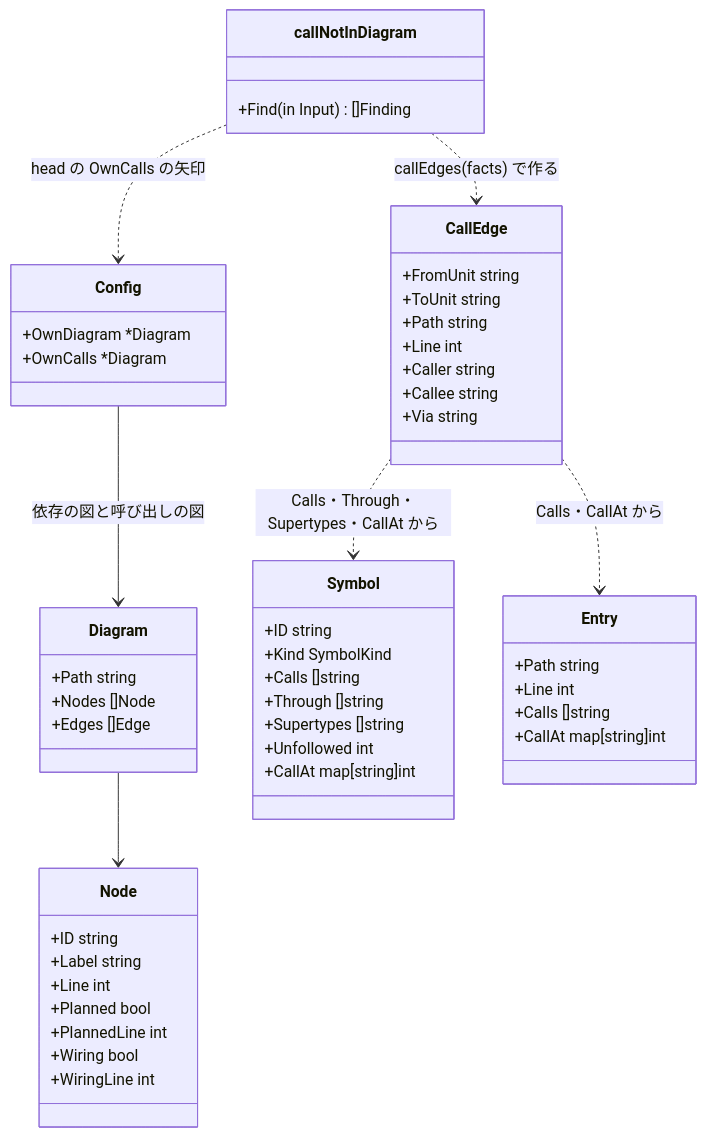
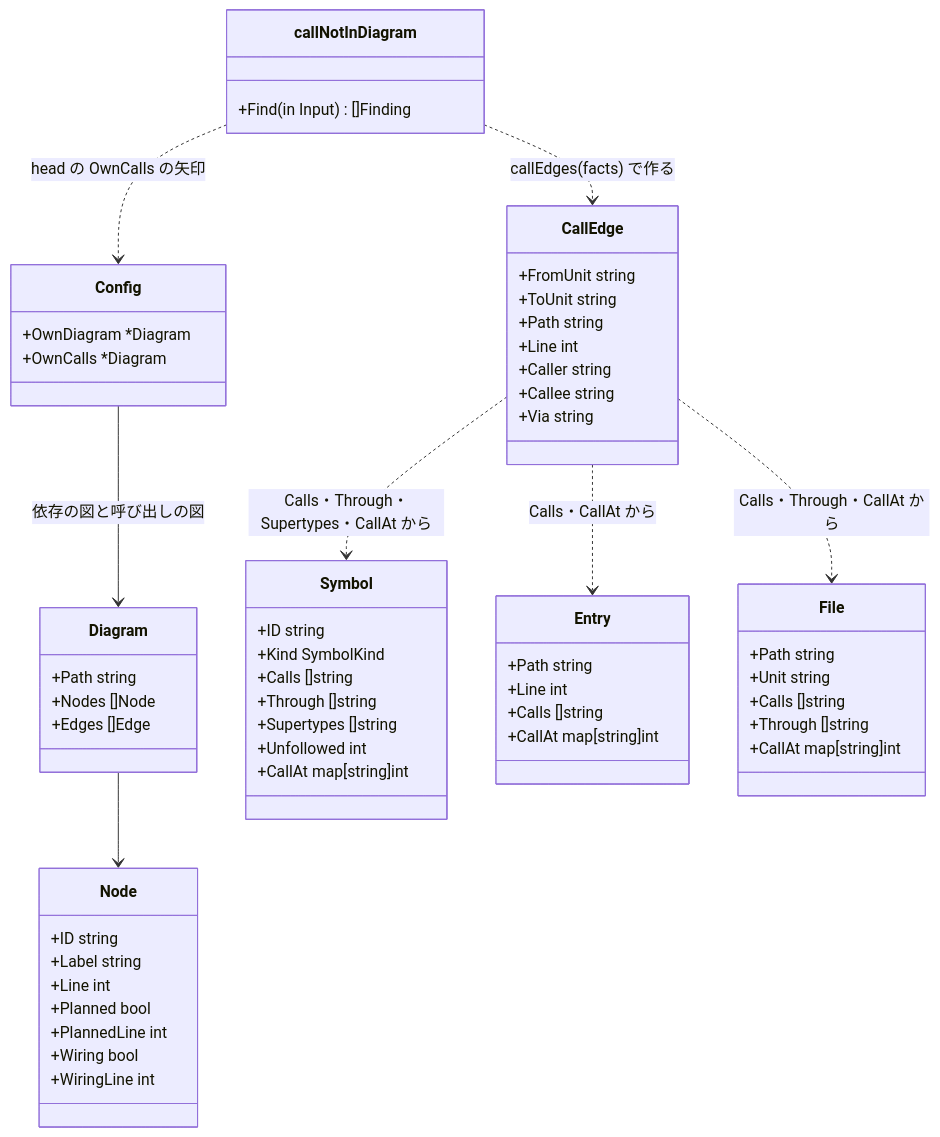
Before and after one commit to rerorets/hadome: the diagram in docs/design/rules-deps.ja.md, drawn with Mermaid. The commit also changed other lines of this file and 3 other files, not shown here.

Commit message:
The design says calls outside functions are counted by the call diagram, from the file's unit

````diff
--- a/docs/design/rules-deps.ja.md
+++ b/docs/design/rules-deps.ja.md
@@ -169,54 +169,62 @@
 ```mermaid
 classDiagram
   class Config {
     +OwnDiagram *Diagram
     +OwnCalls *Diagram
   }
   class Diagram {
     +Path string
     +Nodes []Node
     +Edges []Edge
   }
   class Node {
     +ID string
     +Label string
     +Line int
     +Planned bool
     +PlannedLine int
     +Wiring bool
     +WiringLine int
   }
   class Symbol {
     +ID string
     +Kind SymbolKind
     +Calls []string
     +Through []string
     +Supertypes []string
     +Unfollowed int
     +CallAt map[string]int
   }
   class Entry {
     +Path string
     +Line int
     +Calls []string
     +CallAt map[string]int
   }
+  class File {
+    +Path string
+    +Unit string
+    +Calls []string
+    +Through []string
+    +CallAt map[string]int
+  }
   class CallEdge {
     +FromUnit string
     +ToUnit string
     +Path string
     +Line int
     +Caller string
     +Callee string
     +Via string
   }
   class callNotInDiagram {
     +Find(in Input) []Finding
   }
   Config --> Diagram : 依存の図と呼び出しの図
   Diagram --> Node
   callNotInDiagram ..> CallEdge : callEdges(facts) で作る
   CallEdge ..> Symbol : Calls・Through・Supertypes・CallAt から
   CallEdge ..> Entry : Calls・CallAt から
+  CallEdge ..> File : Calls・Through・CallAt から
   callNotInDiagram ..> Config : head の OwnCalls の矢印
 ```
````
